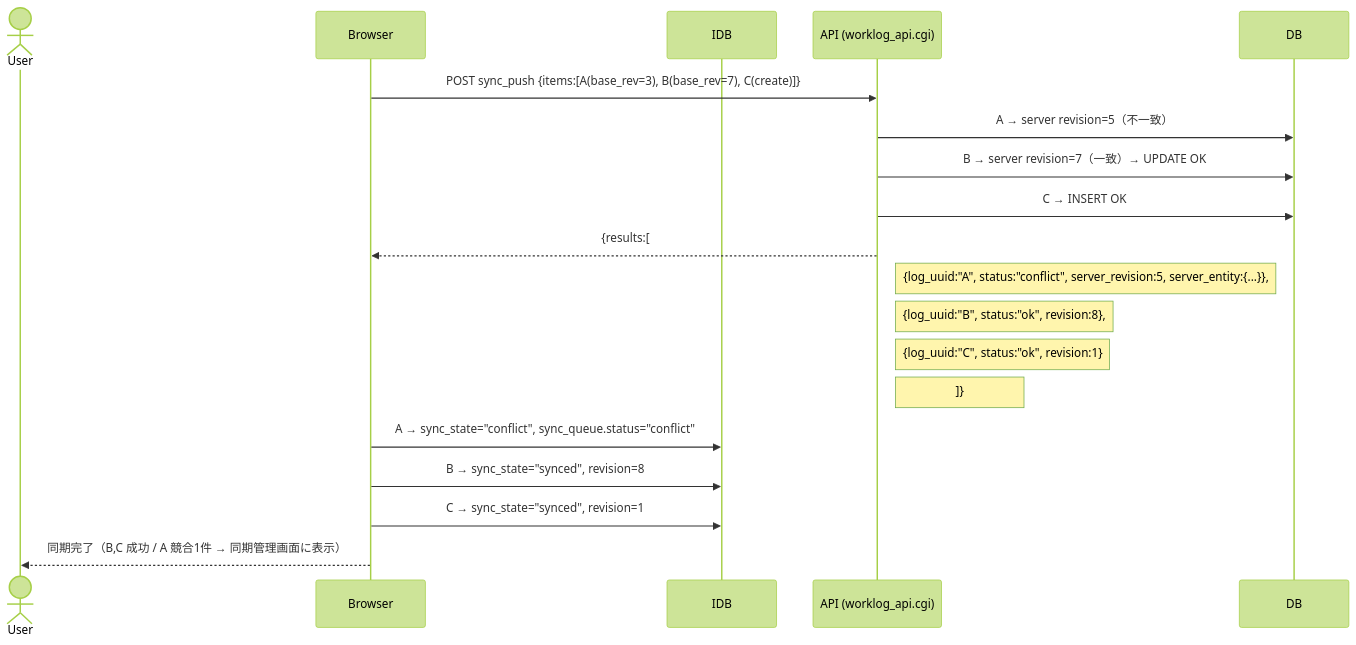
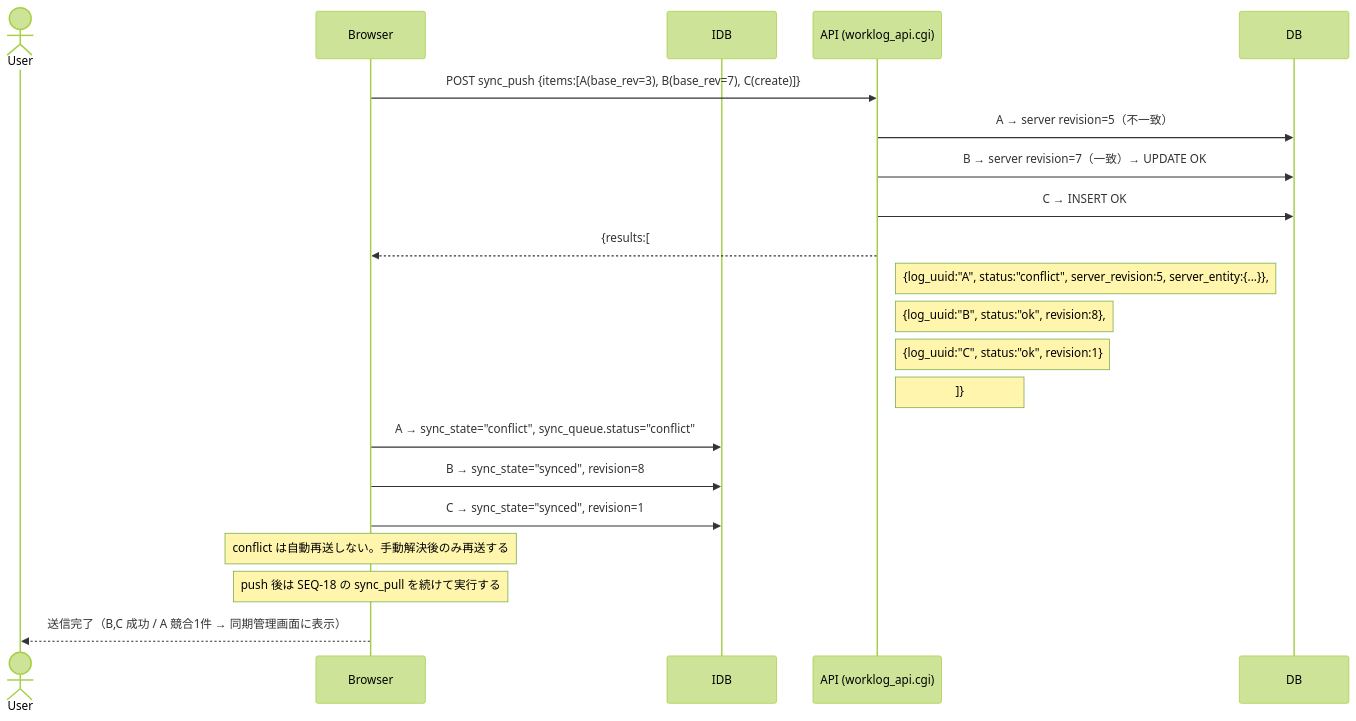
One commit to garyohosu/worklog-pwa changed diagram 17 of 24 in SEQUENCE.md. Above: the diagram before and after it, drawn with Mermaid (forest theme). The commit also changed other lines of this file and 2 other files, not shown here.

Commit message:
docs: align sequence flows with sync rules

````diff
--- a/SEQUENCE.md
+++ b/SEQUENCE.md
@@ -412,22 +429,24 @@
 ```mermaid
 sequenceDiagram
   actor User
   participant Browser
   participant IDB
   participant API as API (worklog_api.cgi)
   participant DB
 
   Browser->>API: POST sync_push {items:[A(base_rev=3), B(base_rev=7), C(create)]}
   API->>DB: A → server revision=5（不一致）
   API->>DB: B → server revision=7（一致）→ UPDATE OK
   API->>DB: C → INSERT OK
   API-->>Browser: {results:[
   Note right of API:   {log_uuid:"A", status:"conflict", server_revision:5, server_entity:{...}},
   Note right of API:   {log_uuid:"B", status:"ok", revision:8},
   Note right of API:   {log_uuid:"C", status:"ok", revision:1}
   Note right of API: ]}
   Browser->>IDB: A → sync_state="conflict", sync_queue.status="conflict"
   Browser->>IDB: B → sync_state="synced", revision=8
   Browser->>IDB: C → sync_state="synced", revision=1
-  Browser-->>User: 同期完了（B,C 成功 / A 競合1件 → 同期管理画面に表示）
+  Note over Browser: conflict は自動再送しない。手動解決後のみ再送する
+  Note over Browser: push 後は SEQ-18 の sync_pull を続けて実行する
+  Browser-->>User: 送信完了（B,C 成功 / A 競合1件 → 同期管理画面に表示）
 ```
````
